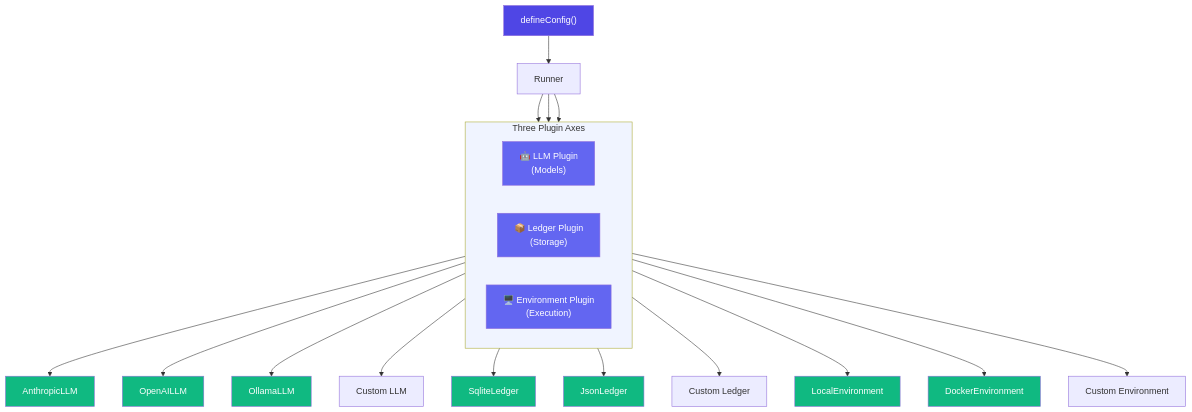
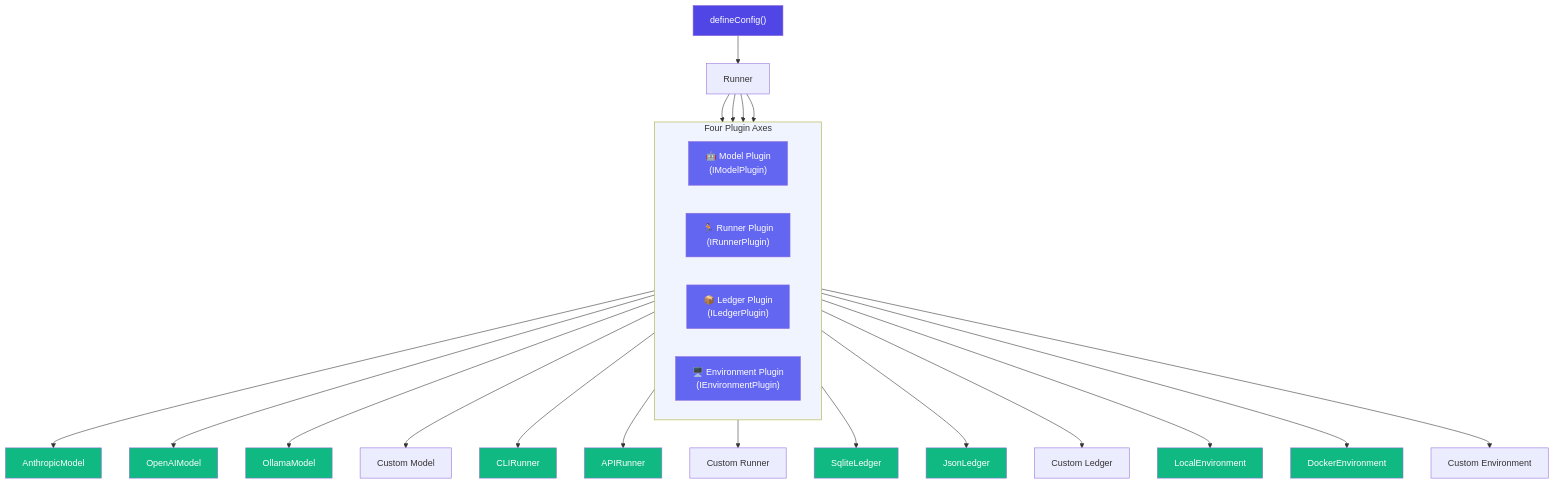
One commit to Tlahey/agent-eval changed the first of 2 diagrams in apps/docs/guide/plugins.md. Above: the diagram before and after it, drawn with Mermaid. The commit also changed other lines of this file and 25 other files, not shown here.

````diff
--- a/apps/docs/guide/plugins.md
+++ b/apps/docs/guide/plugins.md
@@ -7,41 +7,50 @@
 ```mermaid
 flowchart TB
     CONFIG["defineConfig()"] --> RUNNER["Runner"]
 
-    subgraph Plugins["Three Plugin Axes"]
+    subgraph Plugins["Four Plugin Axes"]
         direction LR
-        LLM["🤖 LLM Plugin<br/>(Models)"]
-        LEDGER["📦 Ledger Plugin<br/>(Storage)"]
-        ENV["🖥️ Environment Plugin<br/>(Execution)"]
+        MODEL["🤖 Model Plugin<br/>(IModelPlugin)"]
+        RUN["🏃 Runner Plugin<br/>(IRunnerPlugin)"]
+        LEDGER["📦 Ledger Plugin<br/>(ILedgerPlugin)"]
+        ENV["🖥️ Environment Plugin<br/>(IEnvironmentPlugin)"]
     end
 
-    RUNNER --> LLM
+    RUNNER --> MODEL
+    RUNNER --> RUN
     RUNNER --> LEDGER
     RUNNER --> ENV
 
-    LLM --> AN["AnthropicLLM"]
-    LLM --> OA["OpenAILLM"]
-    LLM --> OL["OllamaLLM"]
-    LLM --> CL["Custom LLM"]
+    MODEL --> AN["AnthropicModel"]
+    MODEL --> OA["OpenAIModel"]
+    MODEL --> OL["OllamaModel"]
+    MODEL --> CM["Custom Model"]
+
+    RUN --> CR["CLIRunner"]
+    RUN --> AR["APIRunner"]
+    RUN --> CRU["Custom Runner"]
 
     LEDGER --> SQ["SqliteLedger"]
     LEDGER --> JS["JsonLedger"]
     LEDGER --> CU["Custom Ledger"]
 
     ENV --> LE["LocalEnvironment"]
     ENV --> DE["DockerEnvironment"]
     ENV --> CE["Custom Environment"]
 
     style CONFIG fill:#4f46e5,color:#fff
     style Plugins fill:#f0f4ff
-    style LLM fill:#6366f1,color:#fff
+    style MODEL fill:#6366f1,color:#fff
+    style RUN fill:#6366f1,color:#fff
     style LEDGER fill:#6366f1,color:#fff
     style ENV fill:#6366f1,color:#fff
     style AN fill:#10b981,color:#fff
     style OA fill:#10b981,color:#fff
     style OL fill:#10b981,color:#fff
+    style CR fill:#10b981,color:#fff
+    style AR fill:#10b981,color:#fff
     style SQ fill:#10b981,color:#fff
     style JS fill:#10b981,color:#fff
     style LE fill:#10b981,color:#fff
     style DE fill:#10b981,color:#fff
 ```
````
